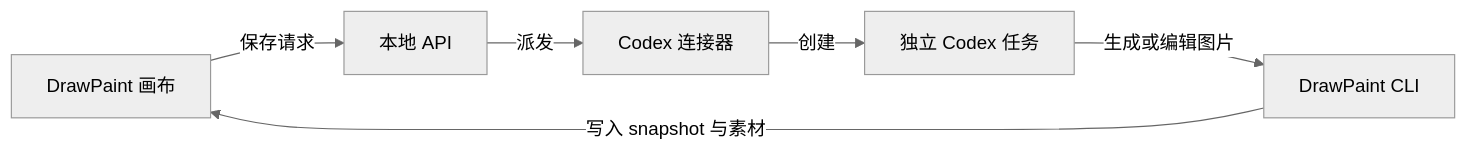
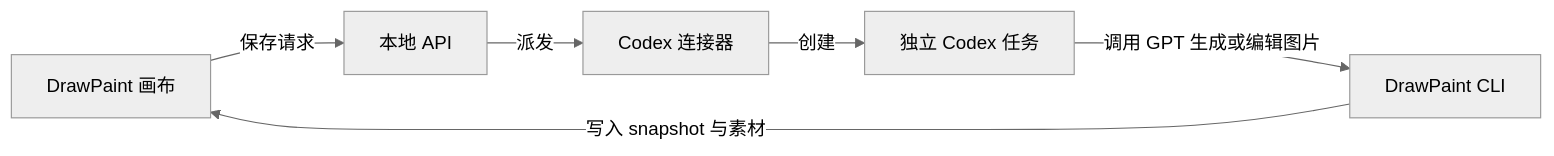
Before and after one commit to dsmiling/DrawPaint: the diagram in README.md, drawn with Mermaid (neutral theme). The commit also changed other lines of this file and 1 other file, not shown here.

Commit message:
Refresh project description for Codex GPT workflow

````diff
--- a/README.md
+++ b/README.md
@@ -92,8 +108,8 @@
 ```mermaid
 flowchart LR
     A[DrawPaint 画布] -->|保存请求| B[本地 API]
     B -->|派发| C[Codex 连接器]
     C -->|创建| D[独立 Codex 任务]
-    D -->|生成或编辑图片| E[DrawPaint CLI]
+    D -->|调用 GPT 生成或编辑图片| E[DrawPaint CLI]
     E -->|写入 snapshot 与素材| A
 ```
````
